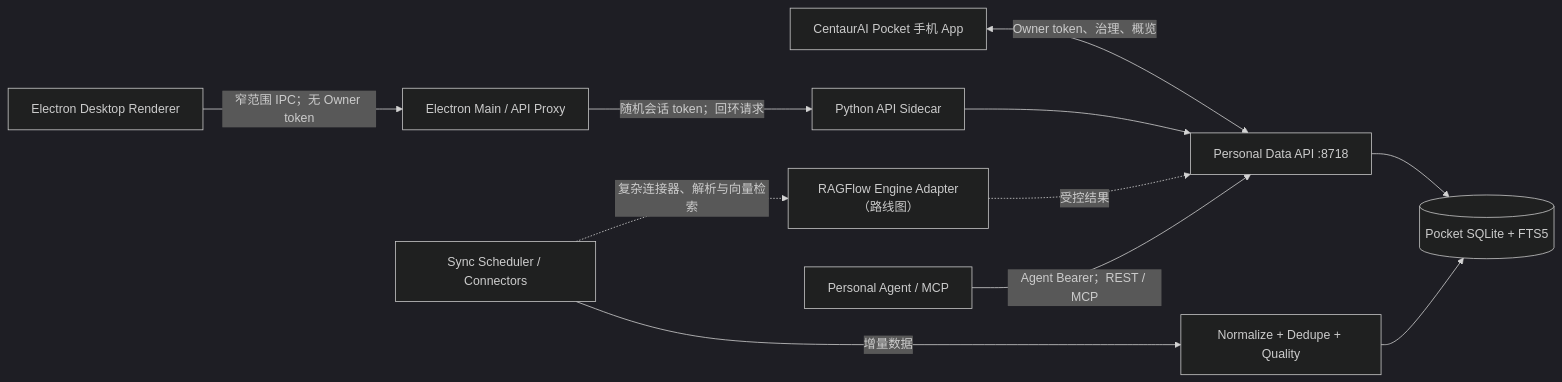
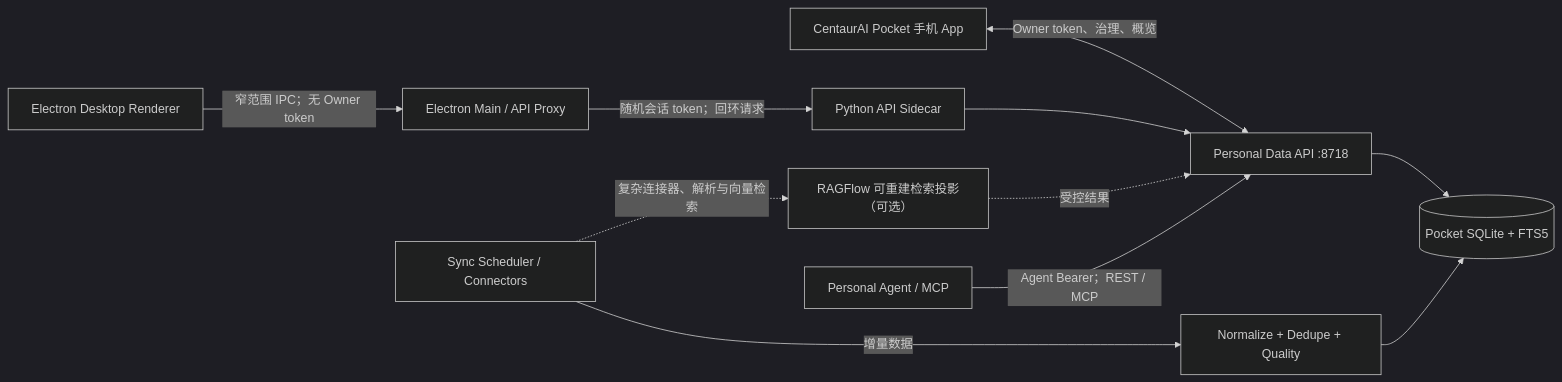
One commit to finewood2008/centaurai-pocket changed the first of 2 diagrams in docs/architecture.md. Above: the diagram before and after it, drawn with Mermaid (dark theme). The commit also changed other lines of this file and 97 other files, not shown here.

````diff
--- a/docs/architecture.md
+++ b/docs/architecture.md
@@ -5,24 +5,24 @@
 ```mermaid
 flowchart LR
     M[CentaurAI Pocket 手机 App]
     D[Electron Desktop Renderer]
     DM[Electron Main / API Proxy]
     SIDE[Python API Sidecar]
     API[Personal Data API :8718]
     S[Sync Scheduler / Connectors]
     G[Normalize + Dedupe + Quality]
     DB[(Pocket SQLite + FTS5)]
-    R[RAGFlow Engine Adapter（路线图）]
+    R[RAGFlow 可重建检索投影（可选）]
     A[Personal Agent / MCP]
 
     M <-->|Owner token、治理、概览| API
     D -->|窄范围 IPC；无 Owner token| DM
     DM -->|随机会话 token；回环请求| SIDE
     SIDE --> API
     S -->|增量数据| G
     G --> DB
     API --> DB
     S -.复杂连接器、解析与向量检索.-> R
     R -.受控结果.-> API
     A -->|Agent Bearer；REST / MCP| API
 ```
````
